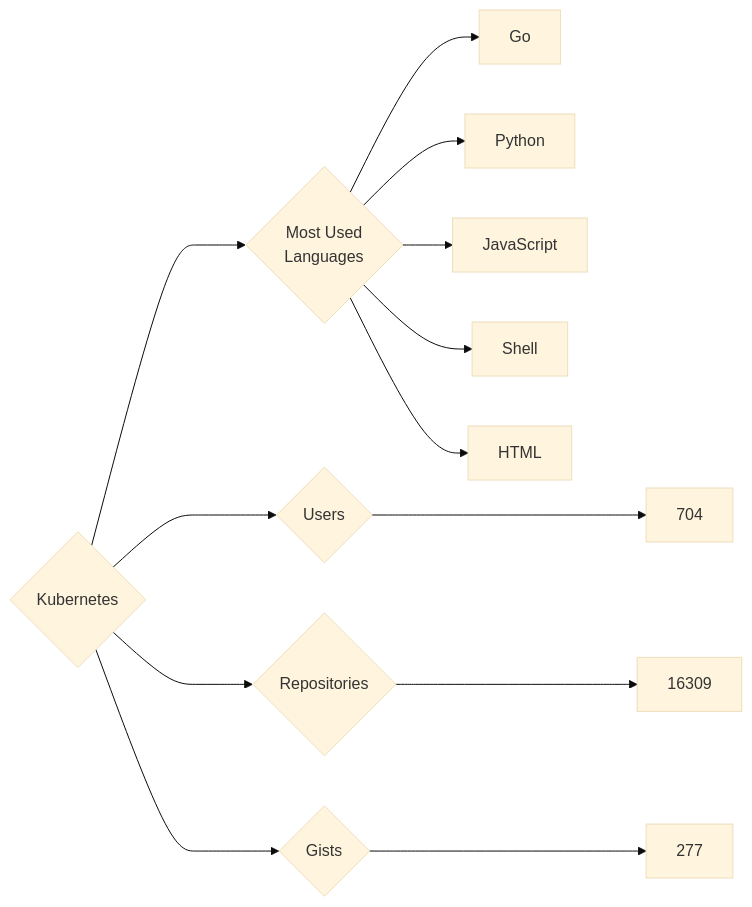
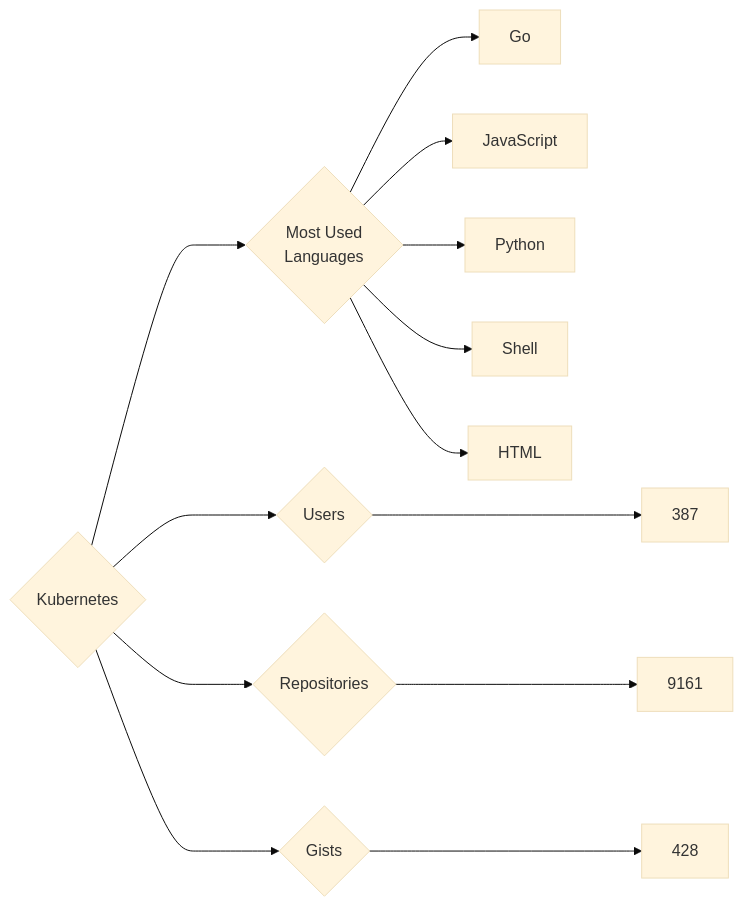
One commit to trickest/insiders changed the diagram in targets/Kubernetes/README.md. Above: the diagram before and after it, drawn with Mermaid (base theme). The commit also changed 1248 other files, not shown here.

````diff
--- a/targets/Kubernetes/README.md
+++ b/targets/Kubernetes/README.md
@@ -3,13 +3,13 @@
 ```mermaid
 graph LR
 COMPANY_NAME{Kubernetes}
-COMPANY_NAME ---> U{Users} ---> UN[704]
-COMPANY_NAME ---> R{Repositories} ---> RN[16309]
-COMPANY_NAME ---> G{Gists} ---> GN[277]
+COMPANY_NAME ---> U{Users} ---> UN[387]
+COMPANY_NAME ---> R{Repositories} ---> RN[9161]
+COMPANY_NAME ---> G{Gists} ---> GN[428]
 COMPANY_NAME ---> ML{Most Used<br>Languages}
 ML --> Go[Go]
+ML --> JavaScript[JavaScript]
 ML --> Python[Python]
-ML --> JavaScript[JavaScript]
 ML --> Shell[Shell]
 ML --> HTML[HTML]
 ```
````
